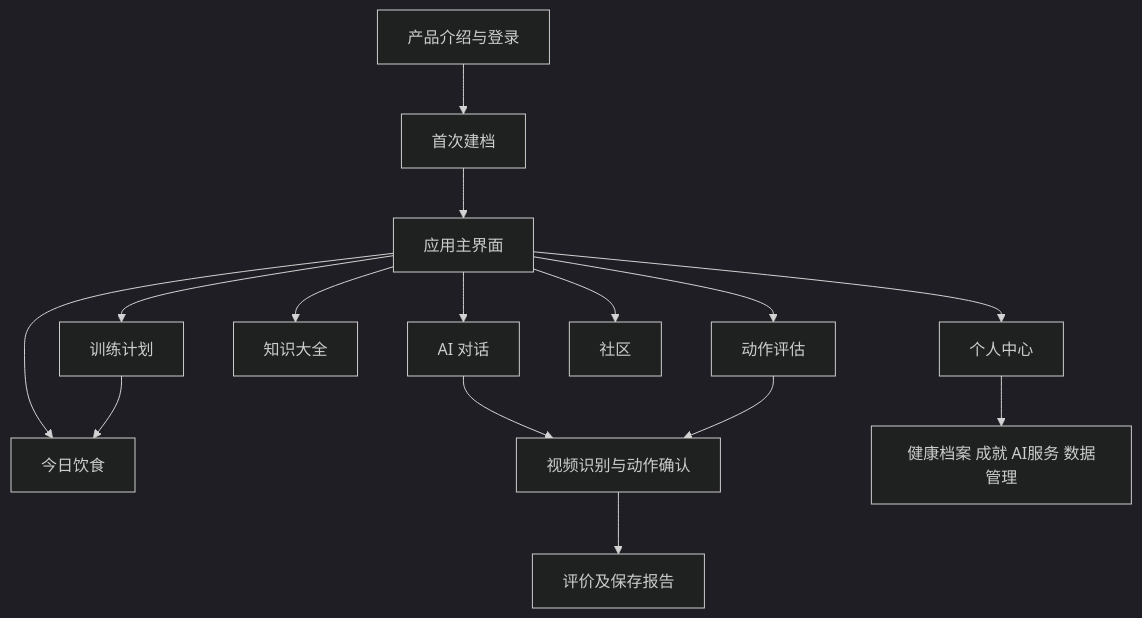
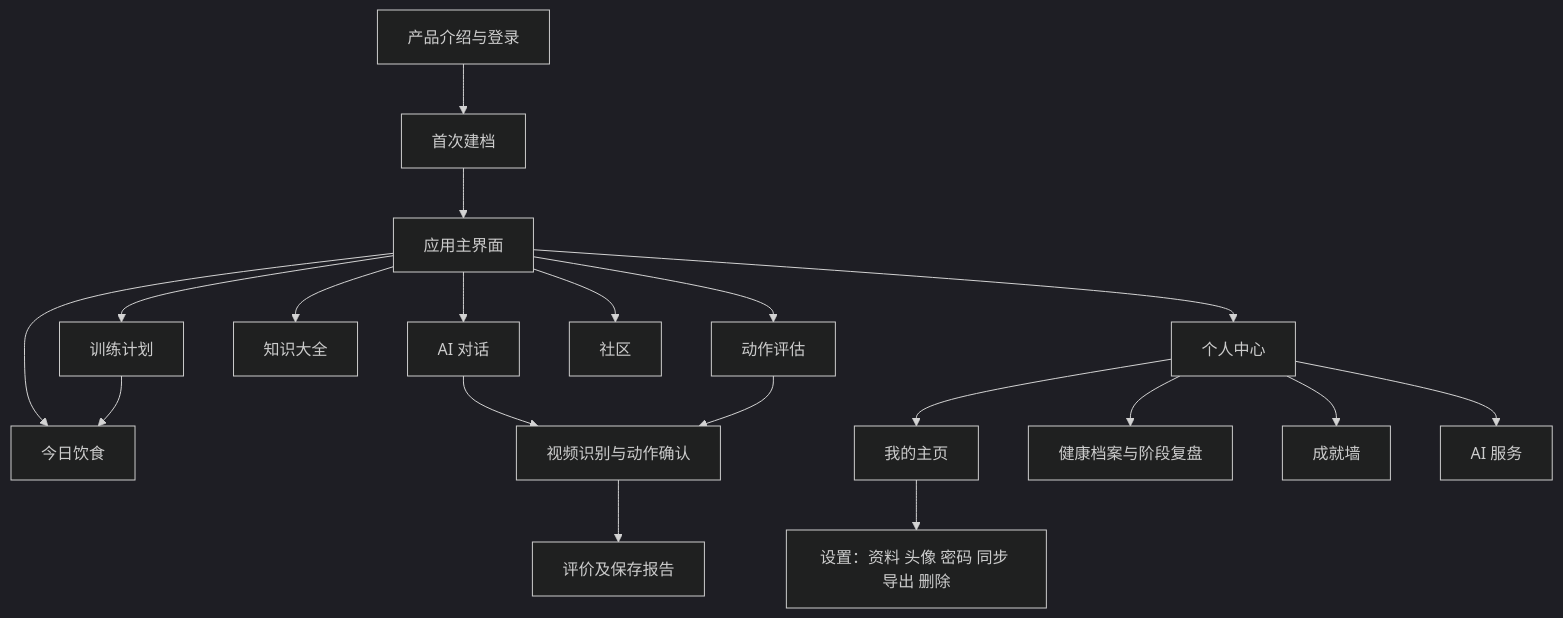
Before and after one commit to link66668/--: the second of 3 diagrams in AI健身助手功能实现文档.md, drawn with Mermaid (dark theme). The commit also changed other lines of this file and 2 other files, not shown here.

````diff
--- a/AI健身助手功能实现文档.md
+++ b/AI健身助手功能实现文档.md
@@ -409,17 +428,21 @@
 ```mermaid
 flowchart TD
     A[产品介绍与登录] --> B[首次建档]
     B --> C[应用主界面]
     C --> D[AI 对话]
     C --> E[今日饮食]
     C --> F[训练计划]
     C --> G[知识大全]
     C --> H[动作评估]
     C --> I[社区]
     C --> J[个人中心]
     D --> K[视频识别与动作确认]
     H --> K
     K --> L[评价及保存报告]
     F --> E
-    J --> M[健康档案 成就 AI服务 数据管理]
+    J --> M[我的主页]
+    J --> N[健康档案与阶段复盘]
+    J --> O[成就墙]
+    J --> P[AI 服务]
+    M --> Q[设置：资料 头像 密码 同步 导出 删除]
 ```
````
